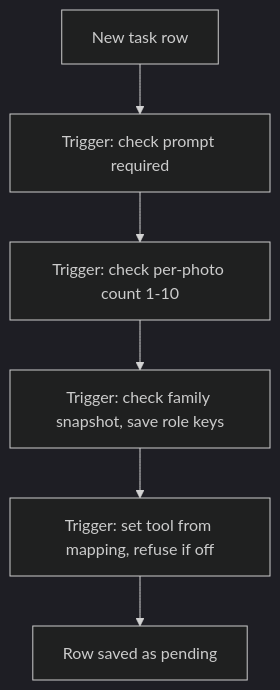
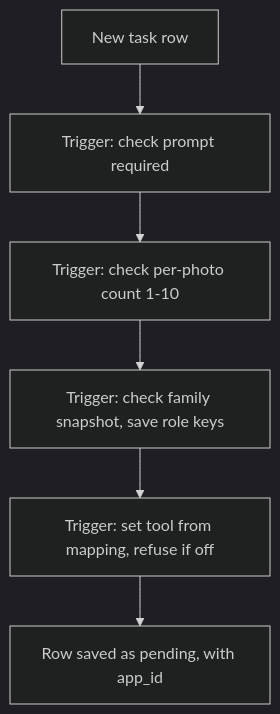
Before and after one commit to kambojsaab300/AI-Studio: the sixth of 14 diagrams in docs/FLOW.md, drawn with Mermaid (dark theme). The commit also changed other lines of this file and 11 other files, not shown here.

````diff
--- a/docs/FLOW.md
+++ b/docs/FLOW.md
@@ -171,8 +194,8 @@
 ```mermaid
 flowchart TD
     A[New task row] --> B[Trigger: check prompt required]
     B --> C[Trigger: check per-photo count 1-10]
     C --> D[Trigger: check family snapshot, save role keys]
     D --> E[Trigger: set tool from mapping, refuse if off]
-    E --> F[Row saved as pending]
+    E --> F[Row saved as pending, with app_id]
 ```
````
